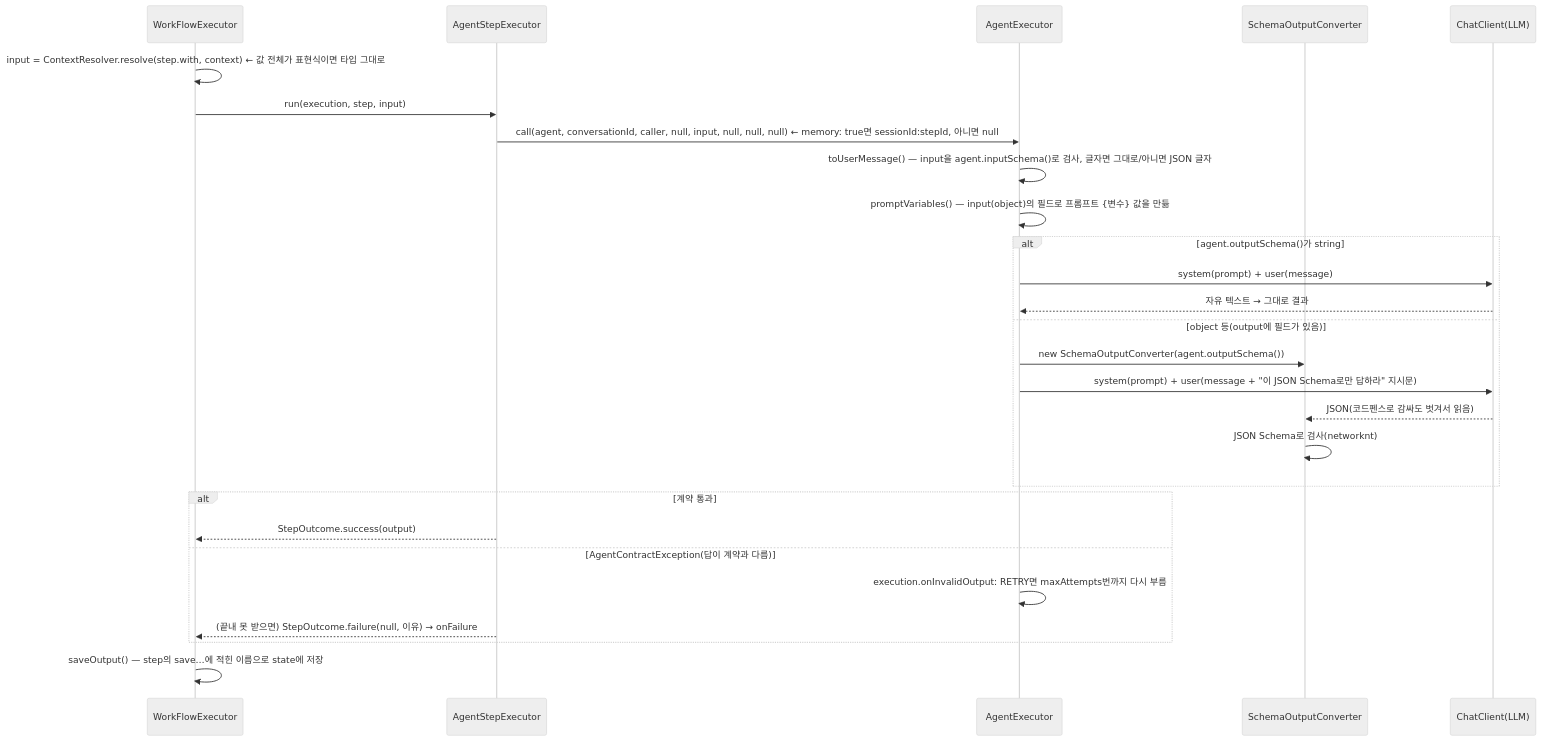
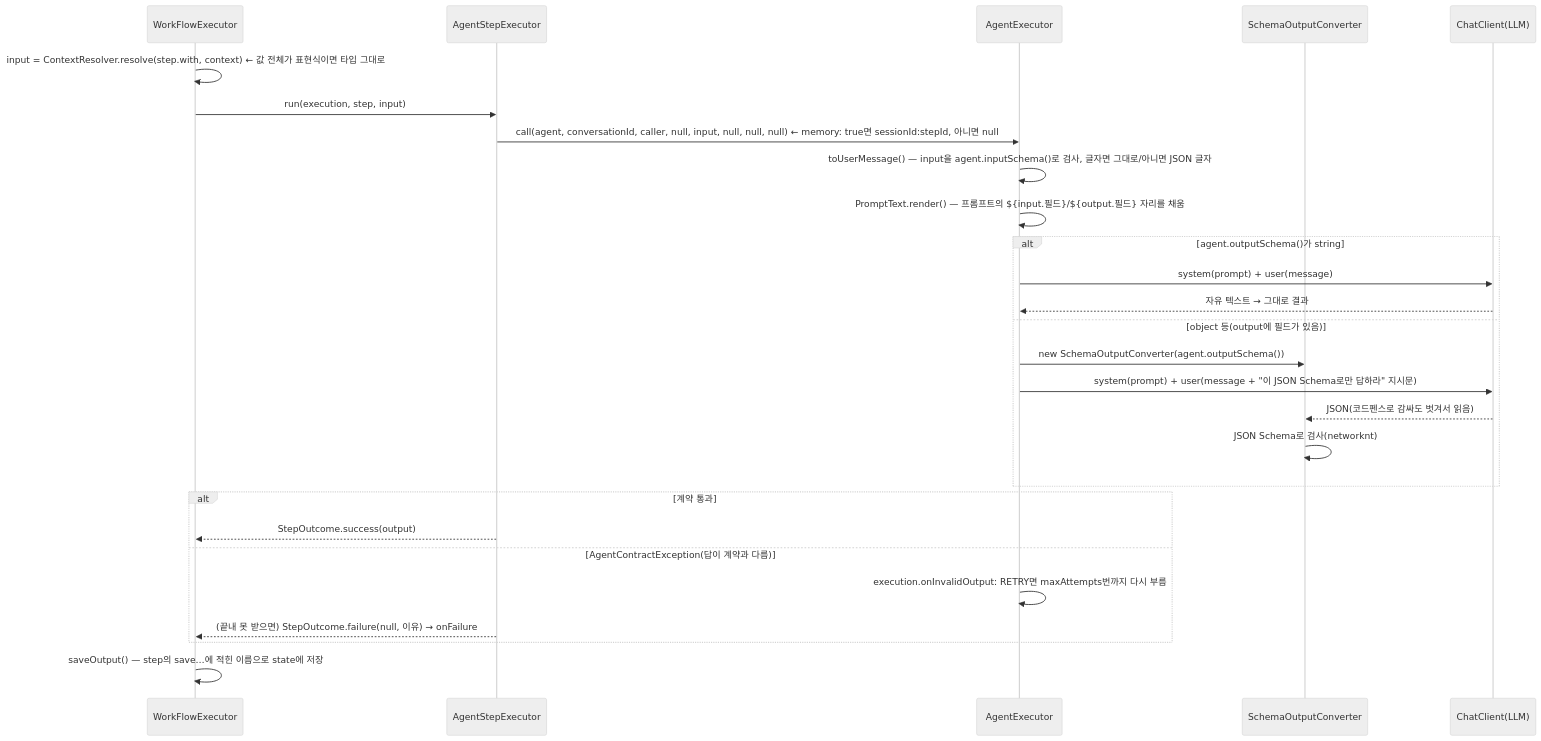
One commit to YongSoekChoeng/dstone changed the sixth of 10 diagrams in docs/09.dstone-ai-engine.md. Above: the diagram before and after it, drawn with Mermaid (neutral theme). The commit also changed other lines of this file and 31 other files, not shown here.

First line of the commit message:
Agent 프롬프트 문법을 ${input.필드}/${output.필드}로 통일하고 디자이너에 작성 가이드 추가

````diff
--- a/docs/09.dstone-ai-engine.md
+++ b/docs/09.dstone-ai-engine.md
@@ -774,29 +774,29 @@
 ```mermaid
 sequenceDiagram
     participant WE as WorkFlowExecutor
     participant ASR as AgentStepExecutor
     participant AE as AgentExecutor
     participant CV as SchemaOutputConverter
     participant LLM as ChatClient(LLM)
     WE->>WE: input = ContextResolver.resolve(step.with, context)  ← 값 전체가 표현식이면 타입 그대로
     WE->>ASR: run(execution, step, input)
     ASR->>AE: call(agent, conversationId, caller, null, input, null, null, null)  ← memory: true면 sessionId:stepId, 아니면 null
     AE->>AE: toUserMessage() — input을 agent.inputSchema()로 검사, 글자면 그대로/아니면 JSON 글자
-    AE->>AE: promptVariables() — input(object)의 필드로 프롬프트 {변수} 값을 만듦
+    AE->>AE: PromptText.render() — 프롬프트의 ${input.필드}/${output.필드} 자리를 채움
     alt agent.outputSchema()가 string
         AE->>LLM: system(prompt) + user(message)
         LLM-->>AE: 자유 텍스트 → 그대로 결과
     else object 등(output에 필드가 있음)
         AE->>CV: new SchemaOutputConverter(agent.outputSchema())
         AE->>LLM: system(prompt) + user(message + "이 JSON Schema로만 답하라" 지시문)
         LLM-->>CV: JSON(코드펜스로 감싸도 벗겨서 읽음)
         CV->>CV: JSON Schema로 검사(networknt)
     end
     alt 계약 통과
         ASR-->>WE: StepOutcome.success(output)
     else AgentContractException(답이 계약과 다름)
         AE->>AE: execution.onInvalidOutput: RETRY면 maxAttempts번까지 다시 부름
         ASR-->>WE: (끝내 못 받으면) StepOutcome.failure(null, 이유) → onFailure
     end
     WE->>WE: saveOutput() — step의 save…에 적힌 이름으로 state에 저장
 ```
````
